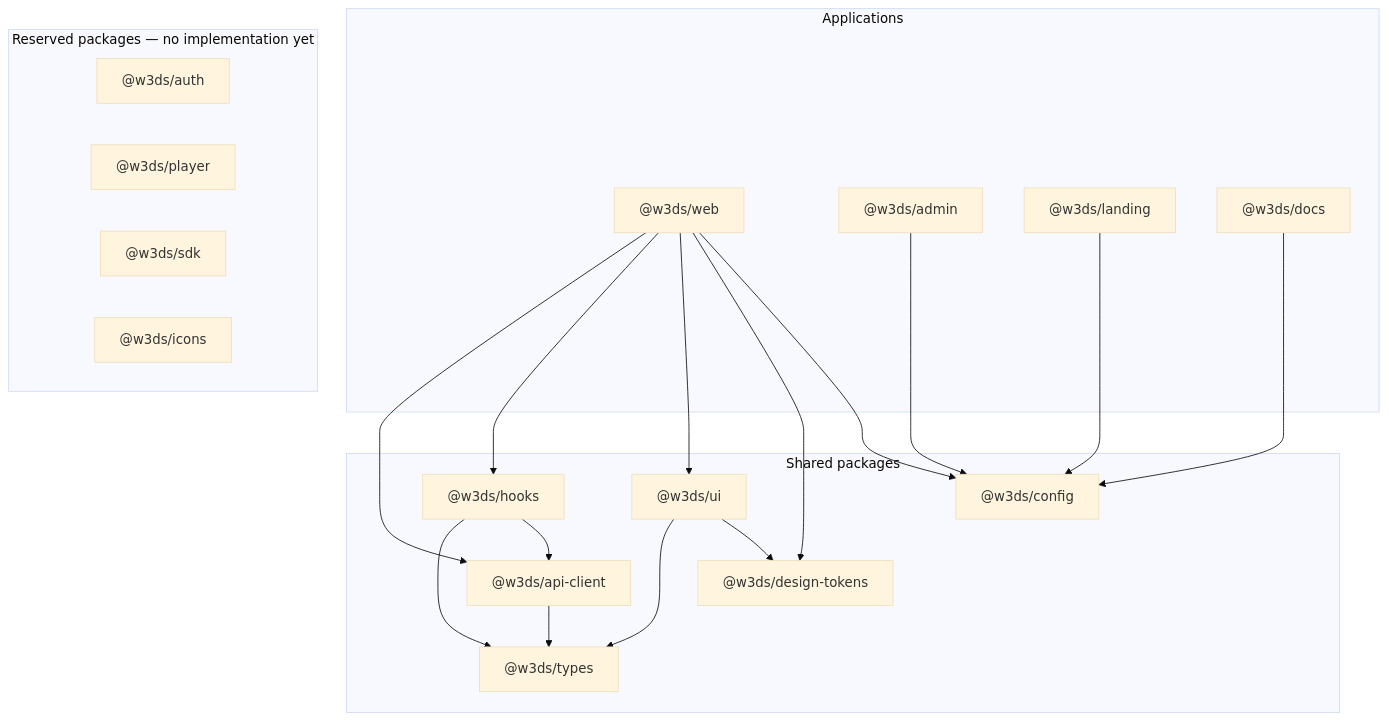
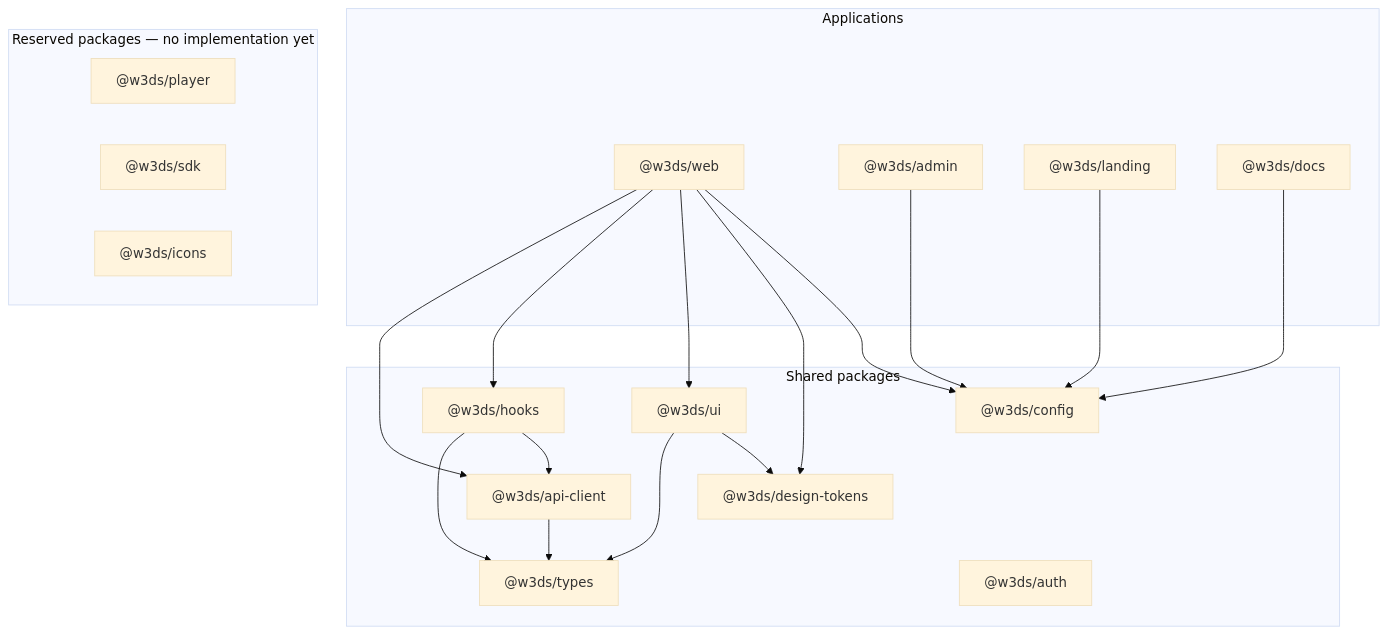
Before and after one commit to serobkhachatryan-cpu/vidak: the third of 3 diagrams in docs/product-roadmap.md, drawn with Mermaid (base theme). The commit also changed other lines of this file and 1 other file, not shown here.

First line of the commit message:
docs(auth): align mock authentication boundaries

````diff
--- a/docs/product-roadmap.md
+++ b/docs/product-roadmap.md
@@ -168,39 +168,39 @@
 ```mermaid
 flowchart TB
   subgraph Applications
     Web["@w3ds/web"]
     Admin["@w3ds/admin"]
     Landing["@w3ds/landing"]
     Docs["@w3ds/docs"]
   end
 
   subgraph Shared_packages["Shared packages"]
     Config["@w3ds/config"]
     Types["@w3ds/types"]
     Tokens["@w3ds/design-tokens"]
     UI["@w3ds/ui"]
     Api["@w3ds/api-client"]
+    Auth["@w3ds/auth"]
     Hooks["@w3ds/hooks"]
   end
 
   subgraph Reserved_packages["Reserved packages — no implementation yet"]
-    Auth["@w3ds/auth"]
     Player["@w3ds/player"]
     SDK["@w3ds/sdk"]
     Icons["@w3ds/icons"]
   end
 
   Web --> Config
   Web --> Tokens
   Web --> UI
   Web --> Hooks
   Web --> Api
   Admin --> Config
   Landing --> Config
   Docs --> Config
   UI --> Tokens
   UI --> Types
   Hooks --> Api
   Hooks --> Types
   Api --> Types
 ```
````
